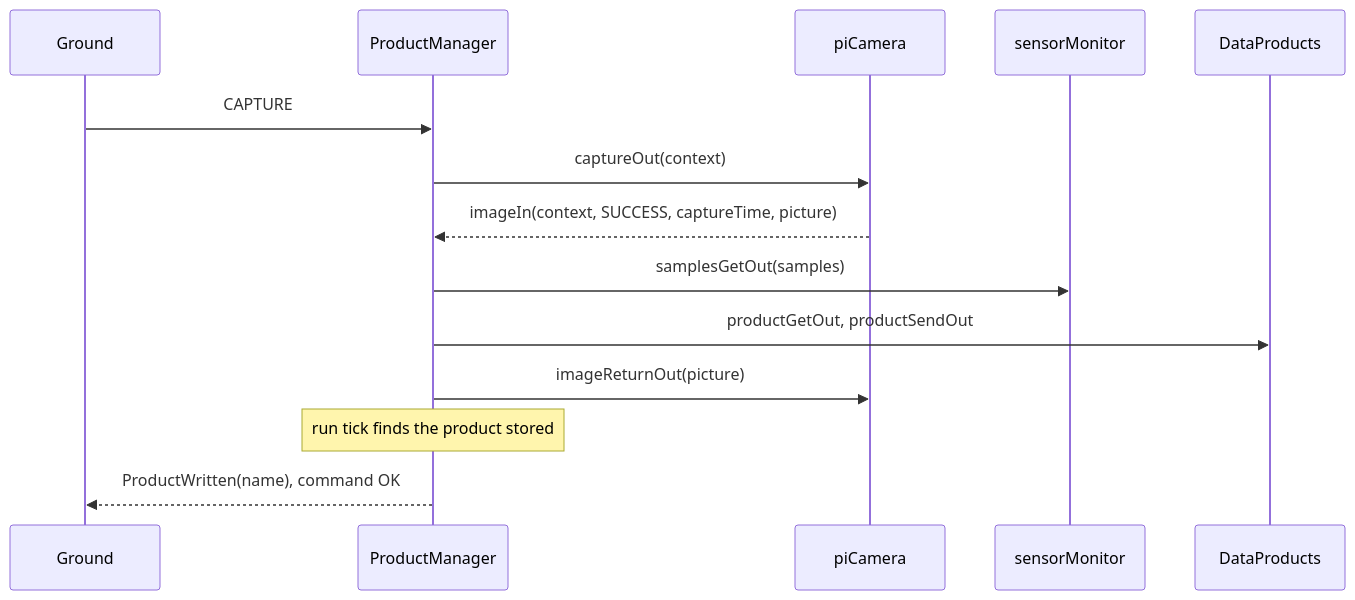
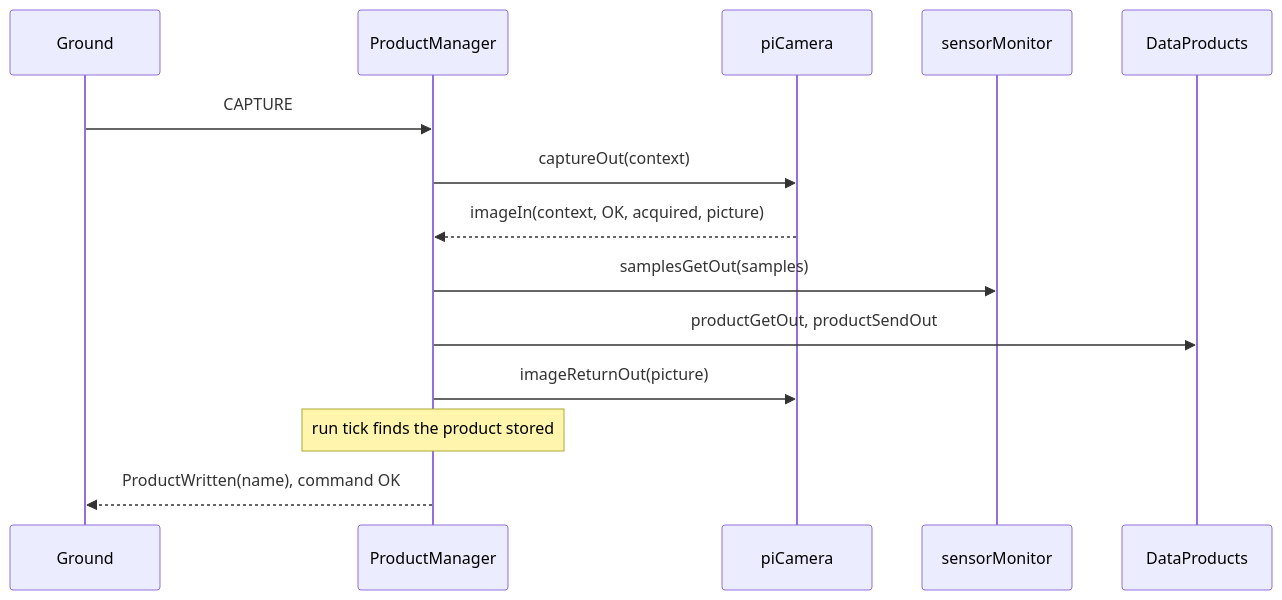
Before and after one commit to lestarch-autobot/fprime-pi-sensor-reference: the second of 3 diagrams in Components/ProductManager/docs/sdd.md, drawn with Mermaid. The commit also changed other lines of this file and 8 other files, not shown here.

````diff
--- a/Components/ProductManager/docs/sdd.md
+++ b/Components/ProductManager/docs/sdd.md
@@ -230,16 +255,16 @@
 ```mermaid
 sequenceDiagram
     participant G as Ground
     participant P as ProductManager
     participant C as piCamera
     participant S as sensorMonitor
     participant D as DataProducts
     G->>P: CAPTURE
     P->>C: captureOut(context)
-    C-->>P: imageIn(context, SUCCESS, captureTime, picture)
+    C-->>P: imageIn(context, OK, acquired, picture)
     P->>S: samplesGetOut(samples)
     P->>D: productGetOut, productSendOut
     P->>C: imageReturnOut(picture)
     Note over P: run tick finds the product stored
     P-->>G: ProductWritten(name), command OK
 ```
````
